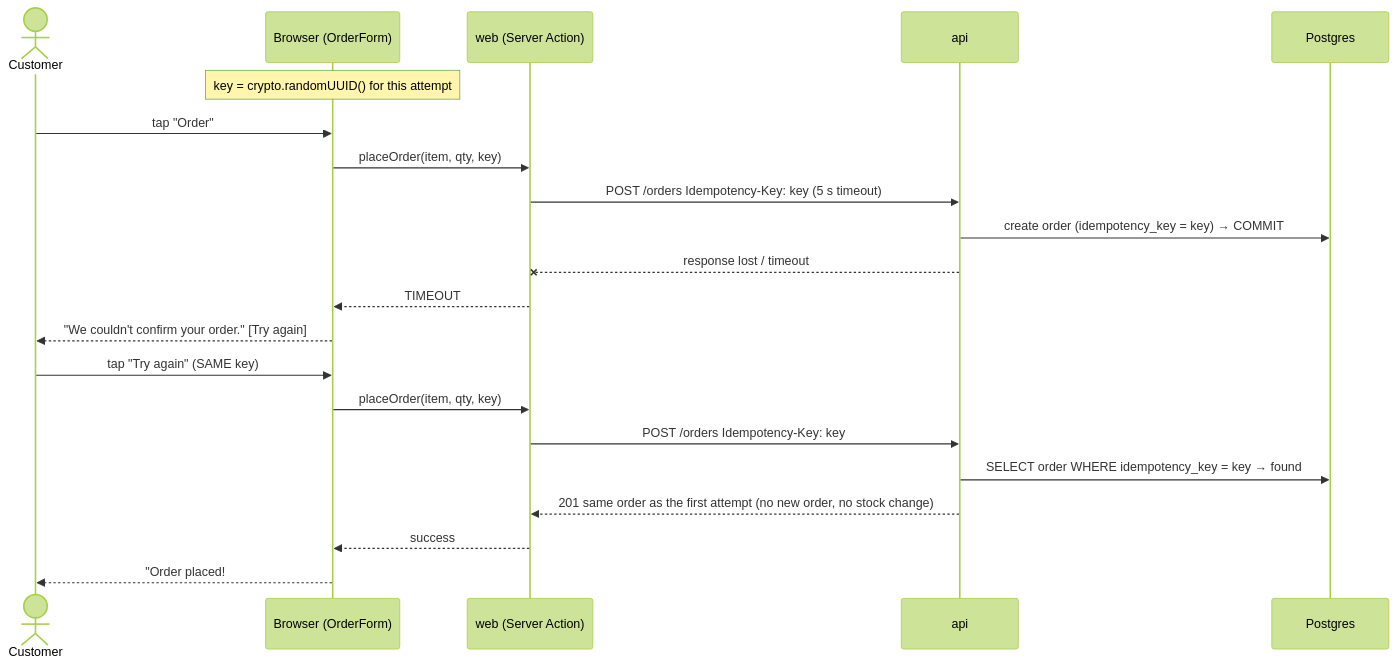
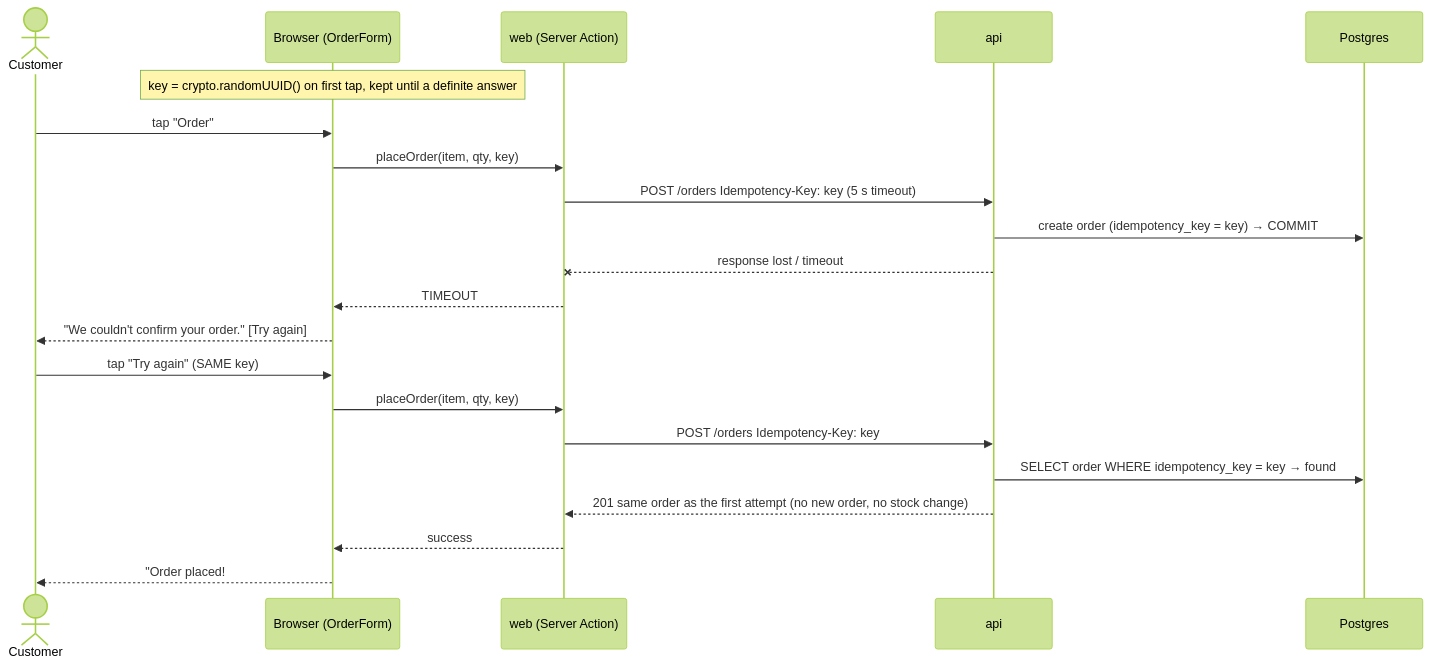
The fourth of 5 diagrams in docs/03-flows.md (pitipume/noahs-kiosk), drawn with Mermaid (forest theme) before and after one commit. The commit also changed other lines of this file and 11 other files, not shown here.

````diff
--- a/docs/03-flows.md
+++ b/docs/03-flows.md
@@ -102,23 +104,23 @@
 ```mermaid
 sequenceDiagram
     actor C as Customer
     participant B as Browser (OrderForm)
     participant W as web (Server Action)
     participant A as api
     participant D as Postgres
-    Note over B: key = crypto.randomUUID() for this attempt
+    Note over B: key = crypto.randomUUID() on first tap, kept until a definite answer
     C->>B: tap "Order"
     B->>W: placeOrder(item, qty, key)
     W->>A: POST /orders  Idempotency-Key: key  (5 s timeout)
     A->>D: create order (idempotency_key = key) → COMMIT
     A--xW: response lost / timeout
     W-->>B: TIMEOUT
     B-->>C: "We couldn't confirm your order." [Try again]
     C->>B: tap "Try again" (SAME key)
     B->>W: placeOrder(item, qty, key)
     W->>A: POST /orders  Idempotency-Key: key
     A->>D: SELECT order WHERE idempotency_key = key → found
     A-->>W: 201 same order as the first attempt (no new order, no stock change)
     W-->>B: success
     B-->>C: "Order placed! #3F9A12C0"
 ```
````
